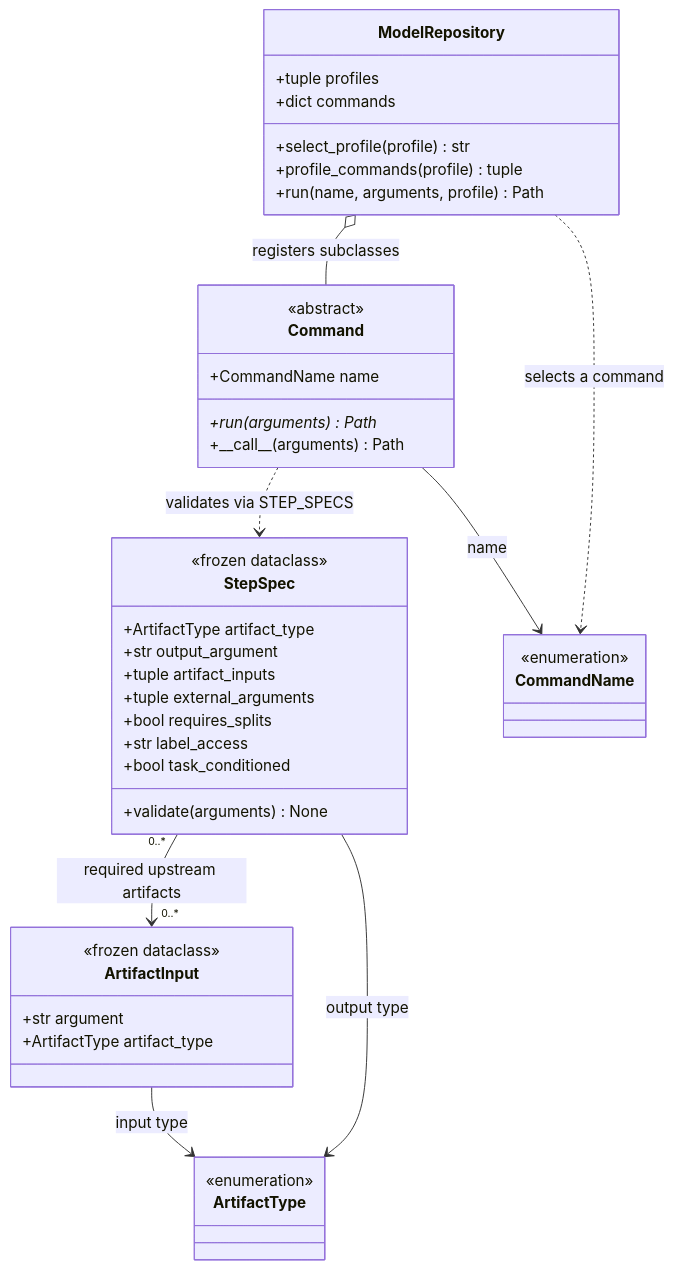
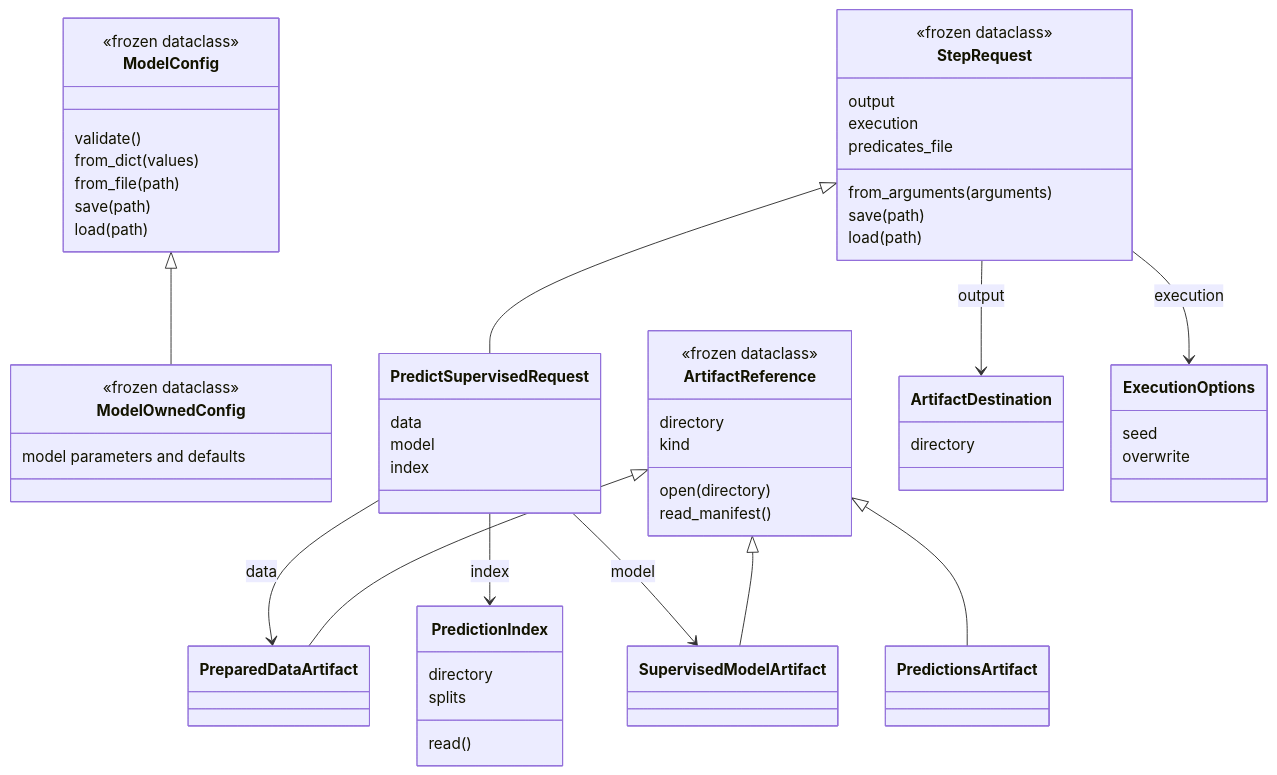
The second of 3 diagrams in ARCHITECTURE.md (McDermottHealthAI/meds-algorithm), drawn with Mermaid before and after one commit. The commit also changed other lines of this file and 17 other files, not shown here.

Commit message:
Add typed profile algorithms, serializable requests, and shared execution

````diff
--- a/ARCHITECTURE.md
+++ b/ARCHITECTURE.md
@@ -14,45 +73,61 @@
 ```mermaid
 classDiagram
-    class ModelRepository {
-        +tuple profiles
-        +dict commands
-        +select_profile(profile) str
-        +profile_commands(profile) tuple
-        +run(name, arguments, profile) Path
+    class ModelConfig {
+        <<frozen dataclass>>
+        validate()
+        from_dict(values)
+        from_file(path)
+        save(path)
+        load(path)
     }
-    class Command {
-        <<abstract>>
-        +CommandName name
-        +run(arguments) Path*
-        +#95;#95;call#95;#95;(arguments) Path
+    class ModelOwnedConfig {
+        <<frozen dataclass>>
+        model parameters and defaults
     }
-    class StepSpec {
+    class StepRequest {
         <<frozen dataclass>>
-        +ArtifactType artifact_type
-        +str output_argument
-        +tuple artifact_inputs
-        +tuple external_arguments
-        +bool requires_splits
-        +str label_access
-        +bool task_conditioned
-        +validate(arguments) None
+        output
+        execution
+        predicates_file
+        from_arguments(arguments)
+        save(path)
+        load(path)
     }
-    class ArtifactInput {
+    class PredictSupervisedRequest {
+        data
+        model
+        index
+    }
+    class ArtifactReference {
         <<frozen dataclass>>
-        +str argument
-        +ArtifactType artifact_type
+        directory
+        kind
+        open(directory)
+        read_manifest()
     }
-    class CommandName {
-        <<enumeration>>
+    class PreparedDataArtifact
+    class SupervisedModelArtifact
+    class PredictionsArtifact
+    class PredictionIndex {
+        directory
+        splits
+        read()
     }
-    class ArtifactType {
-        <<enumeration>>
+    class ArtifactDestination {
+        directory
     }
-    ModelRepository o-- Command : registers subclasses
-    ModelRepository ..> CommandName : selects a command
-    Command --> CommandName : name
-    Command ..> StepSpec : validates via STEP_SPECS
-    StepSpec "0..*" --> "0..*" ArtifactInput : required upstream artifacts
-    StepSpec --> ArtifactType : output type
-    ArtifactInput --> ArtifactType : input type
+    class ExecutionOptions {
+        seed
+        overwrite
+    }
+    ModelConfig <|-- ModelOwnedConfig
+    StepRequest <|-- PredictSupervisedRequest
+    ArtifactReference <|-- PreparedDataArtifact
+    ArtifactReference <|-- SupervisedModelArtifact
+    ArtifactReference <|-- PredictionsArtifact
+    PredictSupervisedRequest --> PreparedDataArtifact : data
+    PredictSupervisedRequest --> SupervisedModelArtifact : model
+    PredictSupervisedRequest --> PredictionIndex : index
+    StepRequest --> ArtifactDestination : output
+    StepRequest --> ExecutionOptions : execution
 ```
````
